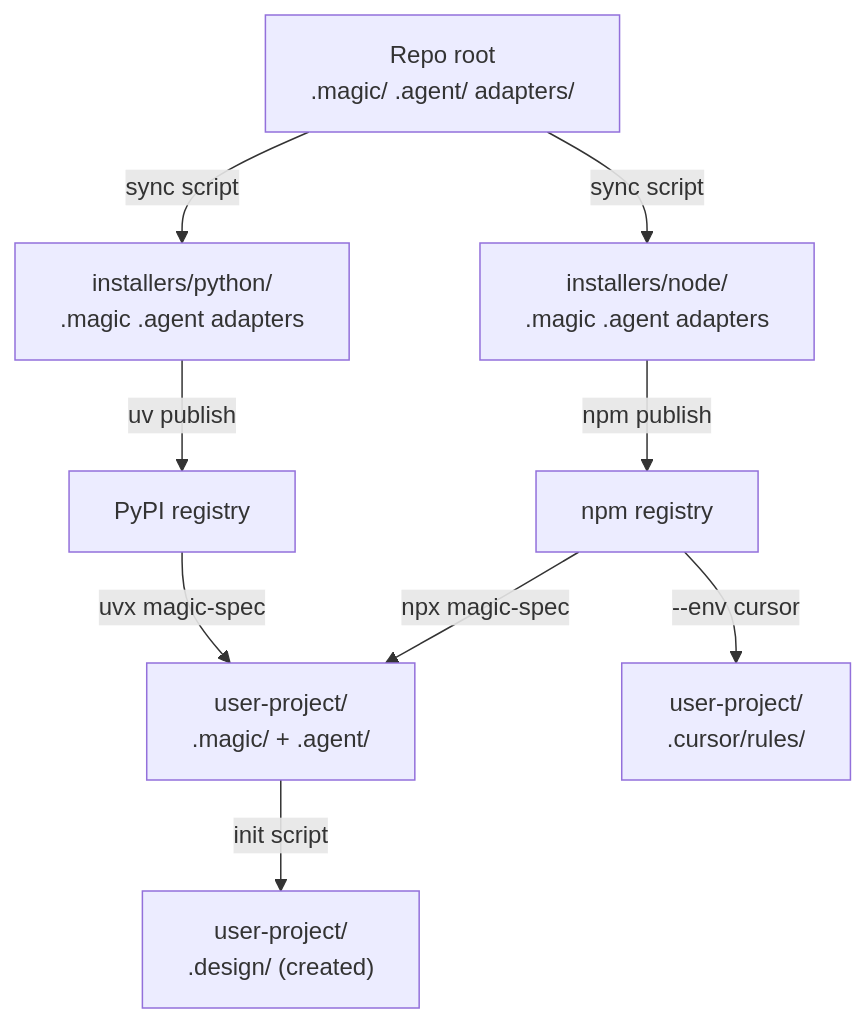
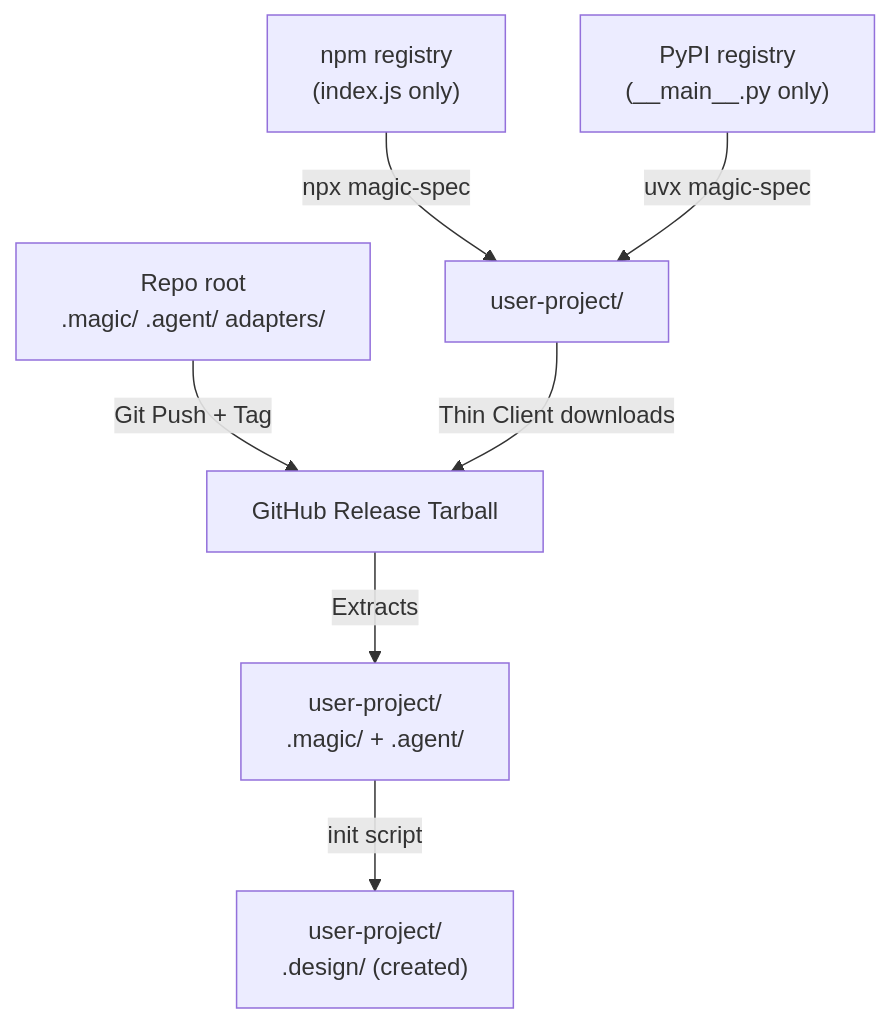
One commit to teratron/magic-spec changed the diagram in .design/specifications/architecture.md. Above: the diagram before and after it, drawn with Mermaid. The commit also changed other lines of this file and 11 other files, not shown here.

Commit message:
docs: introduce comprehensive design specifications for the installer, architecture, and project documentation.

````diff
--- a/.design/specifications/architecture.md
+++ b/.design/specifications/architecture.md
@@ -80,11 +80,9 @@
 ```mermaid
 graph TD
-    R["Repo root\n.magic/ .agent/ adapters/"] -->|sync script| NI["installers/node/\n.magic .agent adapters"]
-    R -->|sync script| PI["installers/python/\n.magic .agent adapters"]
-    NI -->|npm publish| NPM["npm registry"]
-    PI -->|uv publish| PYPI["PyPI registry"]
-    NPM -->|npx magic-spec| UP["user-project/\n.magic/ + .agent/"]
-    PYPI -->|uvx magic-spec| UP
-    NPM -->|--env cursor| UPC["user-project/\n.cursor/rules/"]
-    UP -->|init script| DS["user-project/\n.design/ (created)"]
+    R["Repo root\n.magic/ .agent/ adapters/"] -->|Git Push + Tag| GH["GitHub Release Tarball"]
+    NPM["npm registry\n(index.js only)"] -->|npx magic-spec| UP["user-project/"]
+    PYPI["PyPI registry\n(__main__.py only)"] -->|uvx magic-spec| UP
+    UP -->|Thin Client downloads| GH
+    GH -->|Extracts| UP_FILES["user-project/\n.magic/ + .agent/"]
+    UP_FILES -->|init script| DS["user-project/\n.design/ (created)"]
 ```
````
